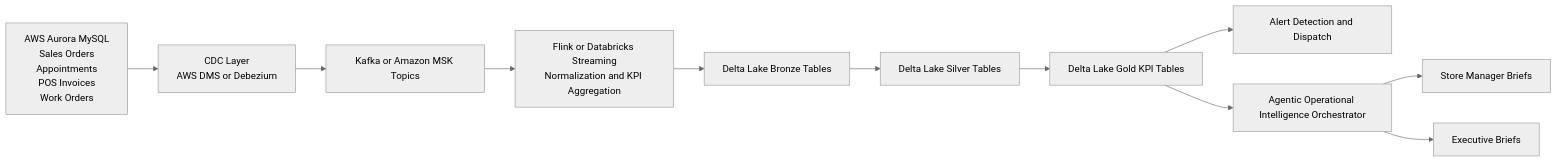
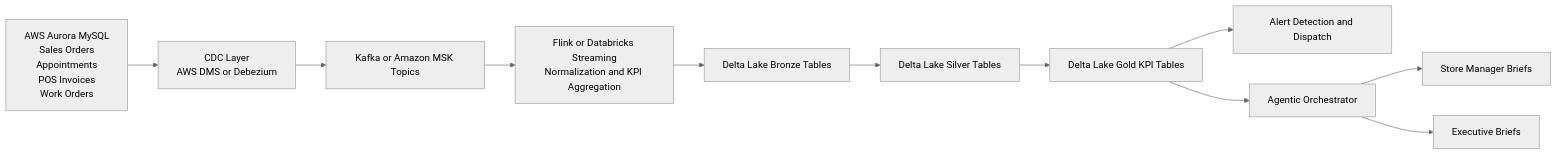
The first of 2 diagrams in architecture/docs/system_overview.md (wchen-dea/Agentic-Operational-Intelligence-Platform), drawn with Mermaid (neutral theme) before and after one commit. The commit also changed other lines of this file and 13 other files, not shown here.

````diff
--- a/architecture/docs/system_overview.md
+++ b/architecture/docs/system_overview.md
@@ -19,13 +27,13 @@
 ```mermaid
 flowchart LR
     A[AWS Aurora MySQL\nSales Orders\nAppointments\nPOS Invoices\nWork Orders] --> B[CDC Layer\nAWS DMS or Debezium]
     B --> C[Kafka or Amazon MSK Topics]
     C --> D[Flink or Databricks Streaming\nNormalization and KPI Aggregation]
     D --> E[Delta Lake Bronze Tables]
     E --> F[Delta Lake Silver Tables]
     F --> G[Delta Lake Gold KPI Tables]
     G --> H[Alert Detection and Dispatch]
-    G --> I[Agentic Operational Intelligence Orchestrator]
+    G --> I[Agentic Orchestrator]
     I --> J[Store Manager Briefs]
     I --> K[Executive Briefs]
 ```
````
